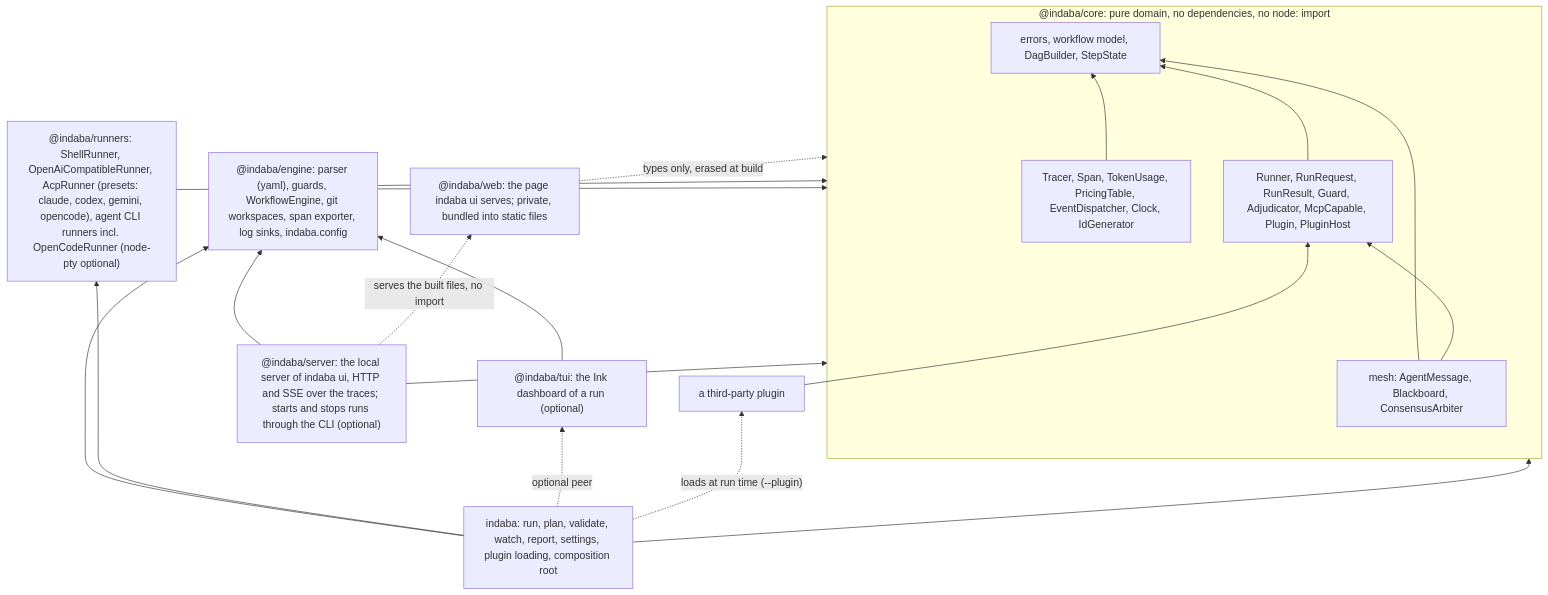
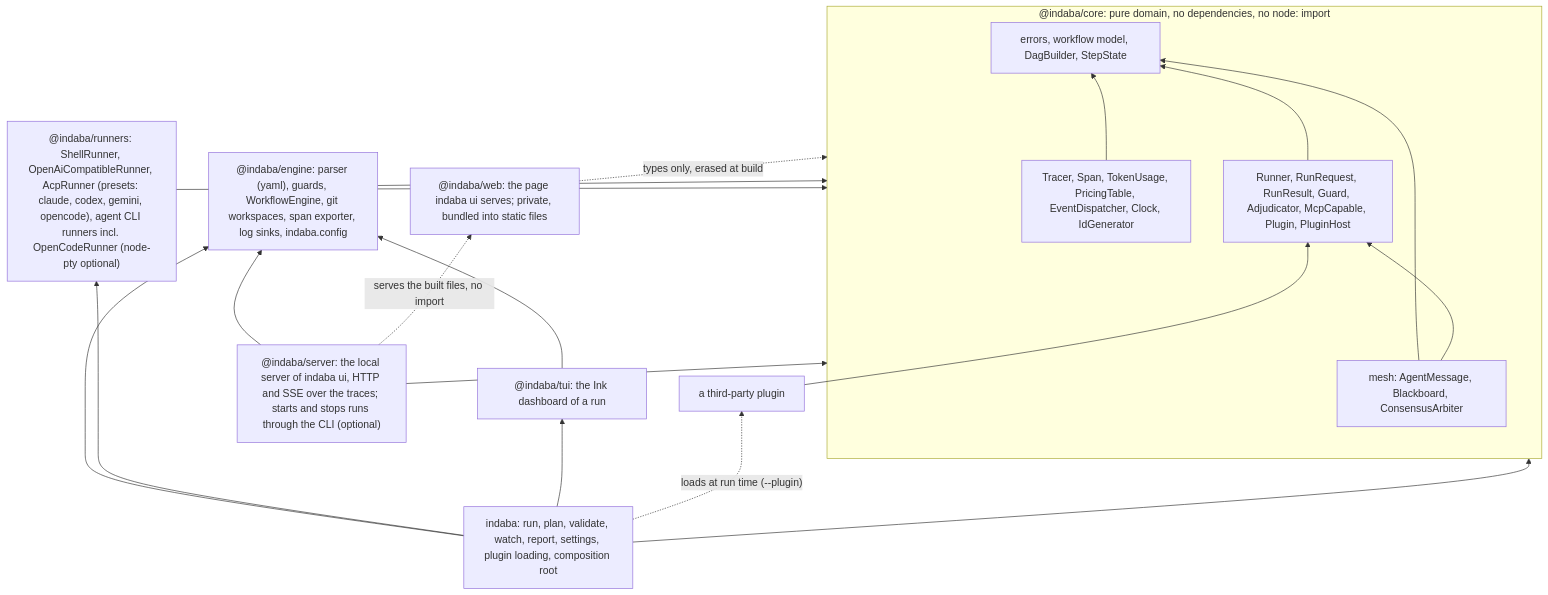
Before and after one commit to yaotzin1/indaba: the first of 2 diagrams in specs/DEPENDENCY_MAP.md, drawn with Mermaid. The commit also changed other lines of this file and 25 other files, not shown here.

First line of the commit message:
feat(cli): install the terminal dashboard with indaba (#123)

````diff
--- a/specs/DEPENDENCY_MAP.md
+++ b/specs/DEPENDENCY_MAP.md
@@ -7,35 +7,35 @@
 ```mermaid
 graph BT
     subgraph Domain["@indaba/core: pure domain, no dependencies, no node: import"]
         Core["errors, workflow model, DagBuilder, StepState"]
         Mesh["mesh: AgentMessage, Blackboard, ConsensusArbiter"]
         Contracts["Runner, RunRequest, RunResult, Guard, Adjudicator, McpCapable, Plugin, PluginHost"]
         Obs["Tracer, Span, TokenUsage, PricingTable, EventDispatcher, Clock, IdGenerator"]
     end
 
     Engine["@indaba/engine: parser (yaml), guards, WorkflowEngine, git workspaces, span exporter, log sinks, indaba.config"]
     Runners["@indaba/runners: ShellRunner, OpenAiCompatibleRunner, AcpRunner (presets: claude, codex, gemini, opencode), agent CLI runners incl. OpenCodeRunner (node-pty optional)"]
     Cli["indaba: run, plan, validate, watch, report, settings, plugin loading, composition root"]
-    Tui["@indaba/tui: the Ink dashboard of a run (optional)"]
+    Tui["@indaba/tui: the Ink dashboard of a run"]
     Server["@indaba/server: the local server of indaba ui, HTTP and SSE over the traces; starts and stops runs through the CLI (optional)"]
     Web["@indaba/web: the page indaba ui serves; private, bundled into static files"]
     Plugin["a third-party plugin"]
 
     Mesh --> Core
     Mesh --> Contracts
     Contracts --> Core
     Obs --> Core
     Engine --> Domain
     Runners --> Domain
     Cli --> Engine
     Cli --> Runners
     Cli --> Domain
-    Cli -. "optional peer" .-> Tui
+    Cli --> Tui
     Tui --> Engine
     Server --> Engine
     Server --> Domain
     Web -. "types only, erased at build" .-> Domain
     Server -. "serves the built files, no import" .-> Web
     Plugin --> Contracts
     Cli -. "loads at run time (--plugin)" .-> Plugin
 ```
````
